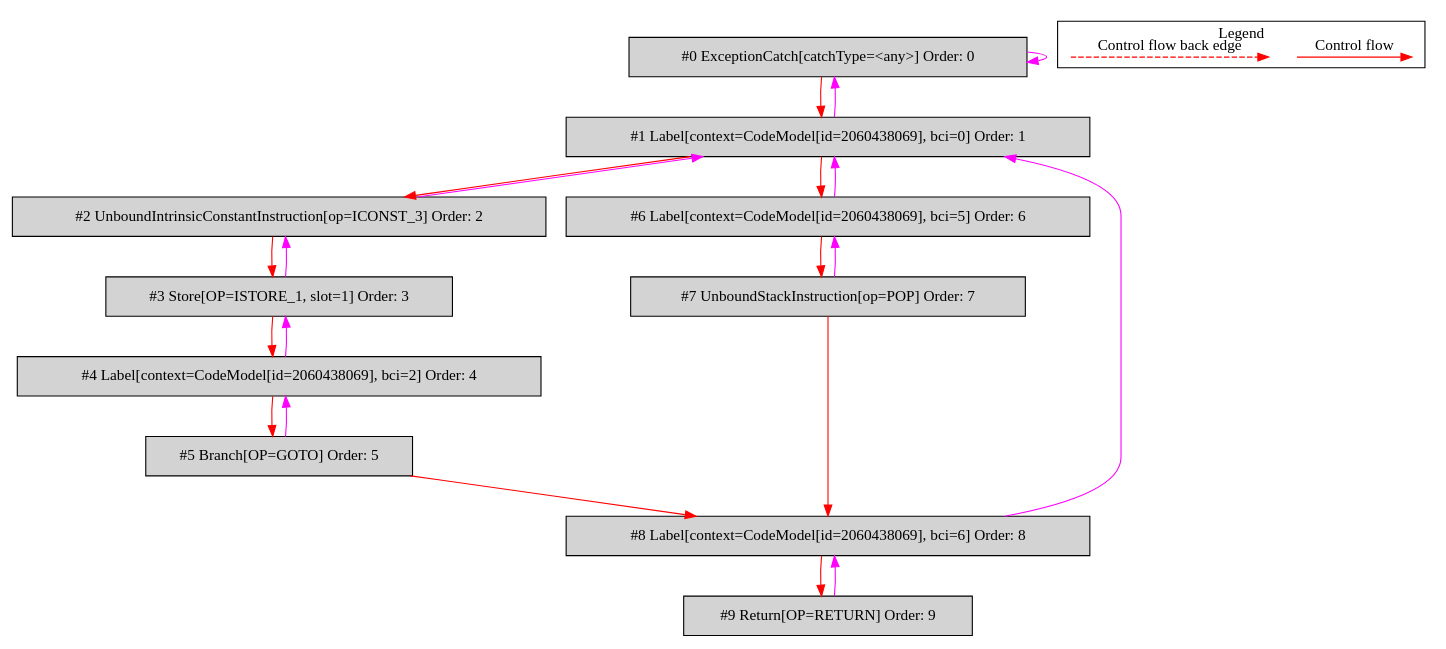
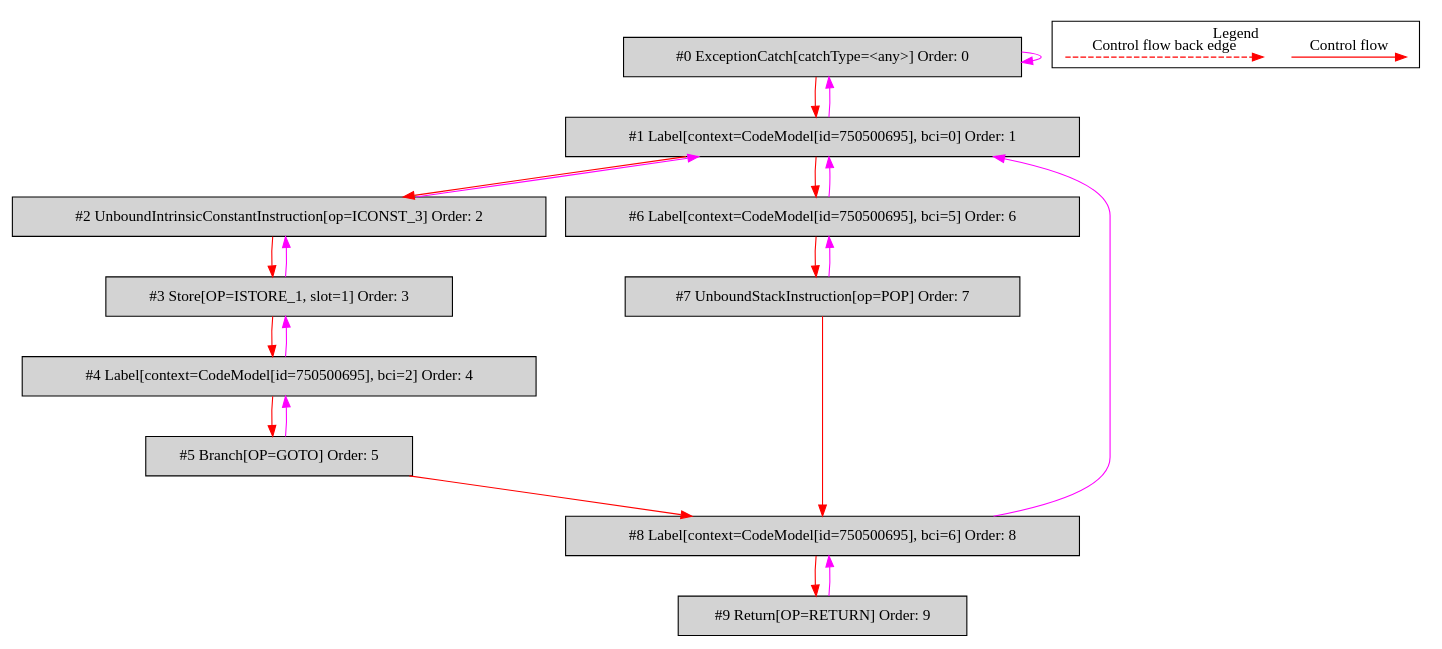
The diagram in de.mirkosertic.metair.ir.OpcodeTryCatchTest/test_SimpleCatchAll/bytecodecfg.dot (mirkosertic/MetaIR), drawn with Graphviz before and after one commit. The commit also changed 712 other files, not shown here.

```diff
--- a/de.mirkosertic.metair.ir.OpcodeTryCatchTest/test_SimpleCatchAll/bytecodecfg.dot
+++ b/de.mirkosertic.metair.ir.OpcodeTryCatchTest/test_SimpleCatchAll/bytecodecfg.dot
@@ -1,47 +1,47 @@
 digraph {
  ordering="in";
  node0[label="#0 ExceptionCatch[catchType=<any>] Order: 0", shape=box, fillcolor=lightgrey, style=filled];
- node1[label="#1 Label[context=CodeModel[id=2060438069], bci=0] Order: 1", shape=box, fillcolor=lightgrey, style=filled];
+ node1[label="#1 Label[context=CodeModel[id=750500695], bci=0] Order: 1", shape=box, fillcolor=lightgrey, style=filled];
  node2[label="#2 UnboundIntrinsicConstantInstruction[op=ICONST_3] Order: 2", shape=box, fillcolor=lightgrey, style=filled];
  node3[label="#3 Store[OP=ISTORE_1, slot=1] Order: 3", shape=box, fillcolor=lightgrey, style=filled];
- node4[label="#4 Label[context=CodeModel[id=2060438069], bci=2] Order: 4", shape=box, fillcolor=lightgrey, style=filled];
+ node4[label="#4 Label[context=CodeModel[id=750500695], bci=2] Order: 4", shape=box, fillcolor=lightgrey, style=filled];
  node5[label="#5 Branch[OP=GOTO] Order: 5", shape=box, fillcolor=lightgrey, style=filled];
- node6[label="#6 Label[context=CodeModel[id=2060438069], bci=5] Order: 6", shape=box, fillcolor=lightgrey, style=filled];
+ node6[label="#6 Label[context=CodeModel[id=750500695], bci=5] Order: 6", shape=box, fillcolor=lightgrey, style=filled];
  node7[label="#7 UnboundStackInstruction[op=POP] Order: 7", shape=box, fillcolor=lightgrey, style=filled];
- node8[label="#8 Label[context=CodeModel[id=2060438069], bci=6] Order: 8", shape=box, fillcolor=lightgrey, style=filled];
+ node8[label="#8 Label[context=CodeModel[id=750500695], bci=6] Order: 8", shape=box, fillcolor=lightgrey, style=filled];
  node9[label="#9 Return[OP=RETURN] Order: 9", shape=box, fillcolor=lightgrey, style=filled];
  node0 -> node0[color=fuchsia];
  node0 -> node1[color=red];
  node1 -> node0[color=fuchsia];
  node1 -> node2[color=red];
  node2 -> node1[color=fuchsia];
  node2 -> node3[color=red];
  node3 -> node2[color=fuchsia];
  node3 -> node4[color=red];
  node4 -> node3[color=fuchsia];
  node4 -> node5[color=red];
  node5 -> node4[color=fuchsia];
  node1 -> node6[color=red];
  node6 -> node1[color=fuchsia];
  node6 -> node7[color=red];
  node7 -> node6[color=fuchsia];
  node5 -> node8[color=red];
  node7 -> node8[color=red];
  node8 -> node1[color=fuchsia];
  node8 -> node9[color=red];
  node9 -> node8[color=fuchsia];
  subgraph cluster_000 {
   label = "Legend";
   node [shape=point]
   {
    rank=same;
    c0 [style = invis];
    c1 [style = invis];
    c2 [style = invis];
    c3 [style = invis];
   }
   c0 -> c1 [label="Control flow", style=solid, color=red]
   c2 -> c3 [label="Control flow back edge", style=dashed, color=red]
  }
 
 }
```
